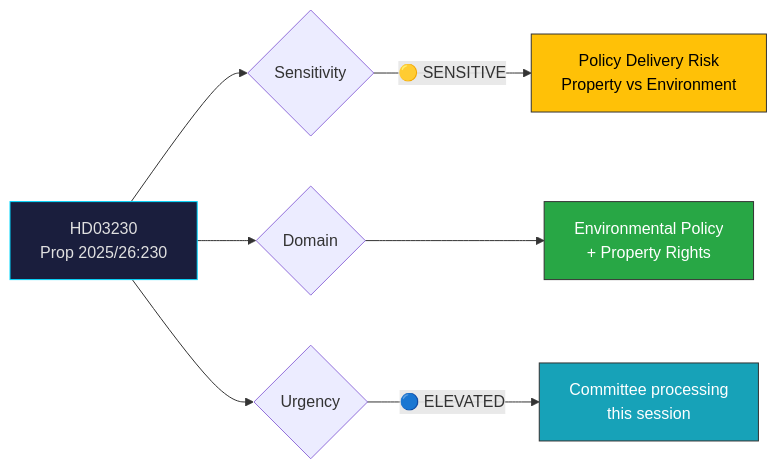
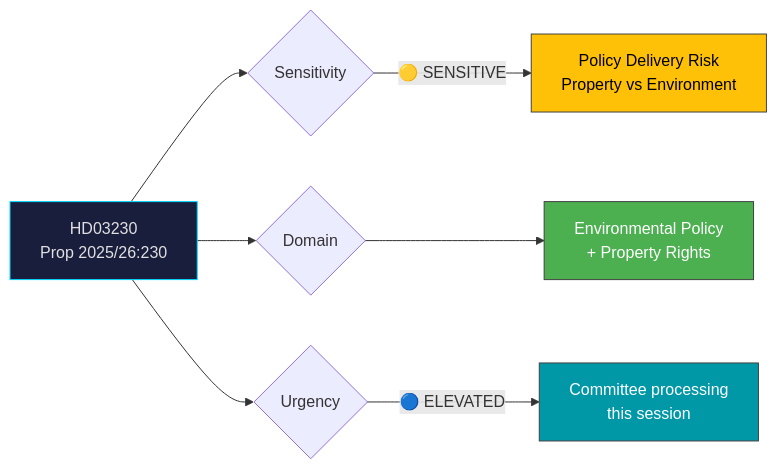
One commit to Hack23/riksdagsmonitor changed the diagram in analysis/daily/2026-04-08/realtime-1027/documents/hd03230-analysis.md. Above: the diagram before and after it, drawn with Mermaid. The commit also changed 785 other files, not shown here.

First line of the commit message:
Normalize mermaid colors across 786 analysis artifacts to ISMS Style Guide palette

````diff
--- a/analysis/daily/2026-04-08/realtime-1027/documents/hd03230-analysis.md
+++ b/analysis/daily/2026-04-08/realtime-1027/documents/hd03230-analysis.md
@@ -25,16 +25,16 @@
 ```mermaid
 graph LR
     A["HD03230<br/>Prop 2025/26:230"] --> B{"Sensitivity"}
     B -->|"🟡 SENSITIVE"| D["Policy Delivery Risk<br/>Property vs Environment"]
     
     A --> G{"Domain"}
     G --> H["Environmental Policy<br/>+ Property Rights"]
     
     A --> I{"Urgency"}
     I -->|"🔵 ELEVATED"| L["Committee processing<br/>this session"]
     
     style A fill:#1a1e3d,stroke:#00d9ff,color:#e0e0e0
-    style D fill:#ffc107,stroke:#333,color:#000
-    style H fill:#28a745,stroke:#333,color:#fff
-    style L fill:#17a2b8,stroke:#333,color:#fff
+    style D fill:#FFC107,stroke:#424242,color:#000000
+    style H fill:#4CAF50,stroke:#424242,color:#FFFFFF
+    style L fill:#0097A7,stroke:#424242,color:#FFFFFF
 ```
````
